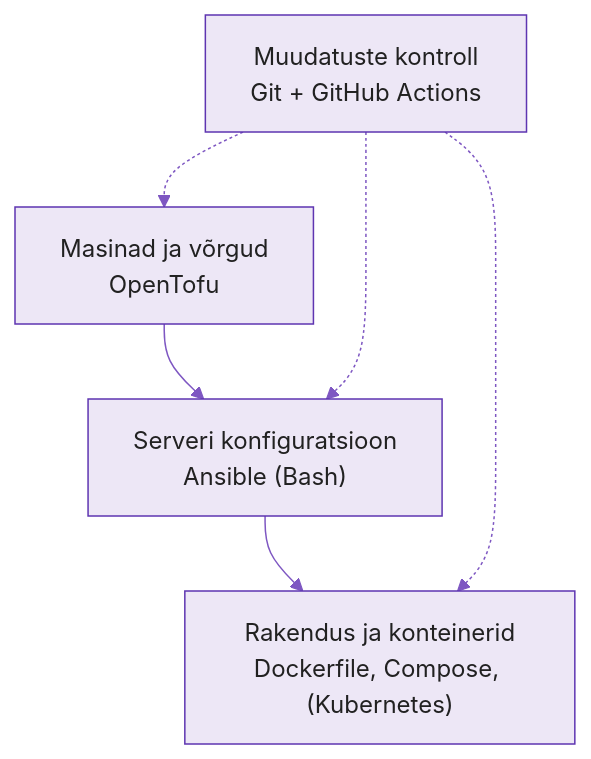
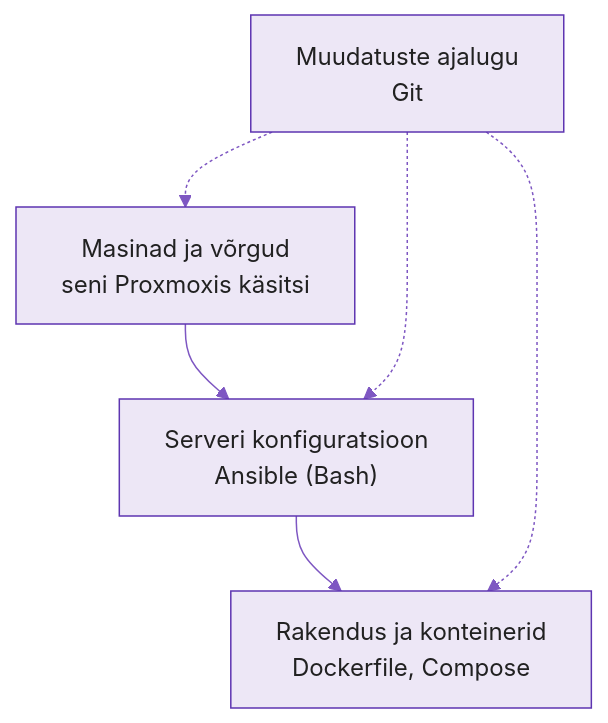
The fifth of 5 diagrams in docs/week09/lecture.md (hkhk-automation/devops), drawn with Mermaid before and after one commit. The commit also changed other lines of this file and 3 other files, not shown here.

Commit message:
N9 lihtsamaks: kohustuslik KodeKloud, muu boonus; ei eelda GitHub Actionsit ega OpenTofut. N10 ennustus tunni alguses

````diff
--- a/docs/week09/lecture.md
+++ b/docs/week09/lecture.md
@@ -355,12 +324,12 @@
 ```mermaid
 %%{init: {'theme':'base','themeVariables':{'primaryColor':'#ede7f6','primaryBorderColor':'#5e35b1','primaryTextColor':'#212121','lineColor':'#7e57c2'}}}%%
 graph TB
-    A["Rakendus ja konteinerid<br/>Dockerfile, Compose, (Kubernetes)"]
+    A["Rakendus ja konteinerid<br/>Dockerfile, Compose"]
     B["Serveri konfiguratsioon<br/>Ansible (Bash)"]
-    C["Masinad ja võrgud<br/>OpenTofu"]
-    D["Muudatuste kontroll<br/>Git + GitHub Actions"]
+    C["Masinad ja võrgud<br/>seni Proxmoxis käsitsi"]
+    D["Muudatuste ajalugu<br/>Git"]
     C --> B --> A
     D -.-> A
     D -.-> B
     D -.-> C
 ```
````
